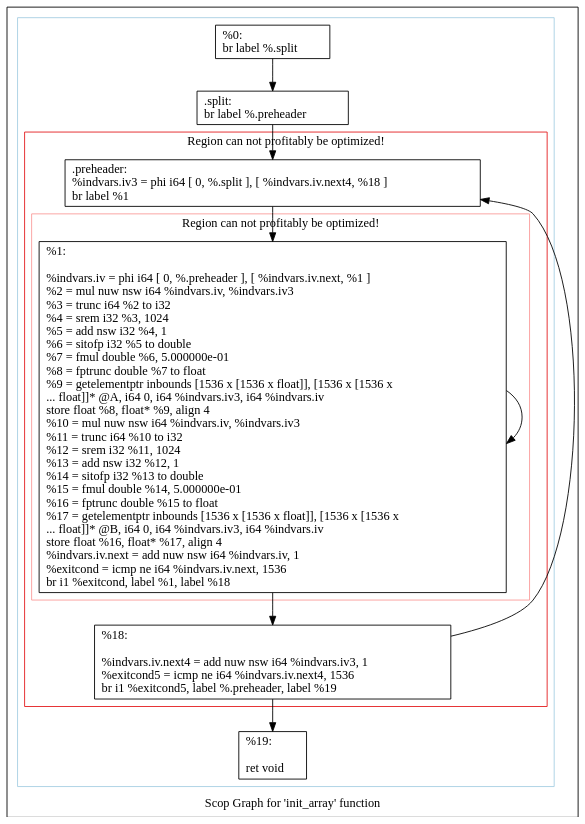
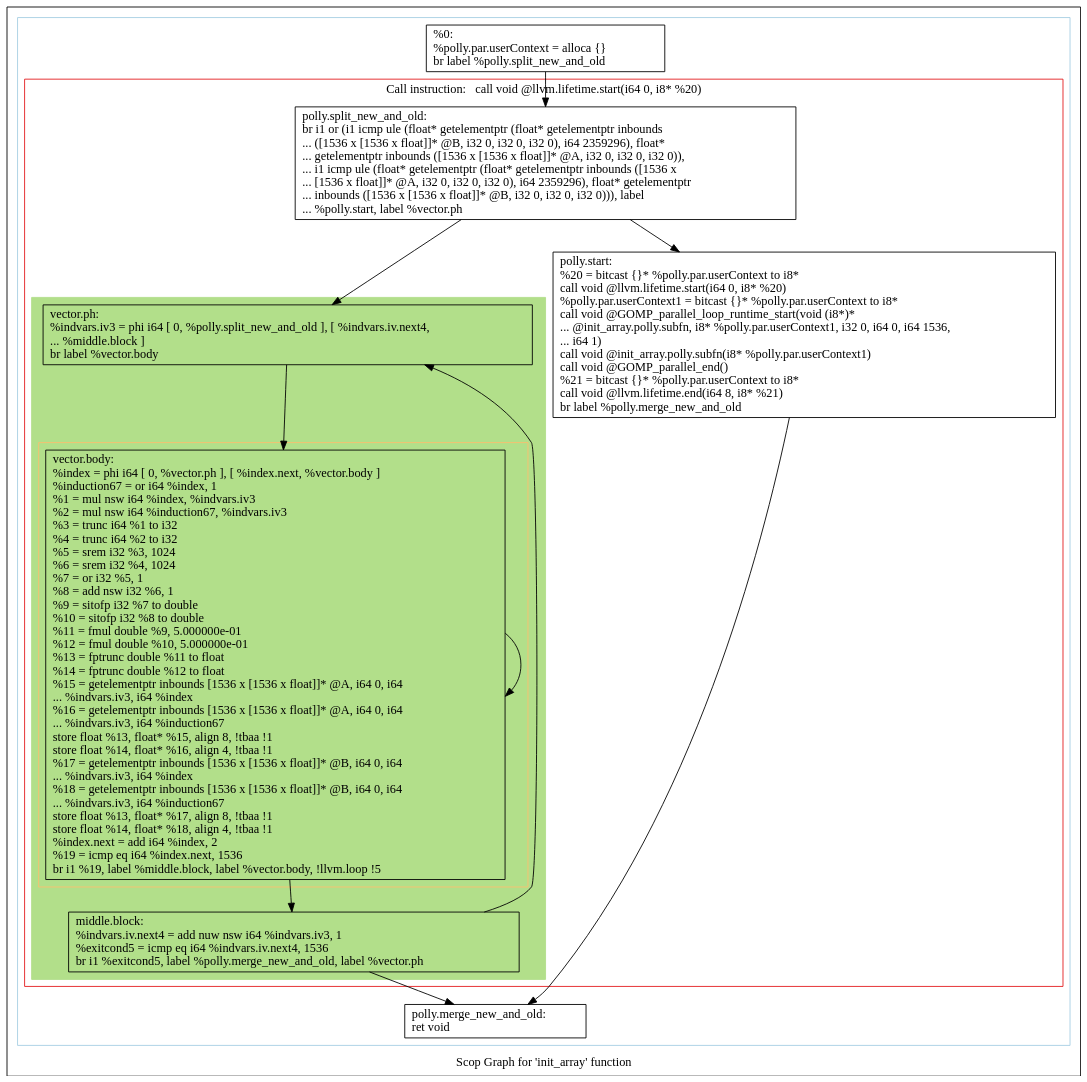
The diagram in matmul-polly/scops.init_array.dot (rogerioag/openmp-hook), drawn with Graphviz before and after one commit. The commit also changed 10 other files, not shown here.

```diff
--- a/matmul-polly/scops.init_array.dot
+++ b/matmul-polly/scops.init_array.dot
@@ -1,39 +1,47 @@
 digraph "Scop Graph for 'init_array' function" {
 	label="Scop Graph for 'init_array' function";
 
-	Node0x83dea0 [shape=record,label="{%0:\l  br label %.split\l}"];
-	Node0x83dea0 -> Node0x83dcf0;
-	Node0x83dcf0 [shape=record,label="{.split:                                           \l  br label %.preheader\l}"];
-	Node0x83dcf0 -> Node0x83dc40;
-	Node0x83dc40 [shape=record,label="{.preheader:                                       \l  %indvars.iv3 = phi i64 [ 0, %.split ], [ %indvars.iv.next4, %18 ]\l  br label %1\l}"];
-	Node0x83dc40 -> Node0x83dd10;
-	Node0x83dd10 [shape=record,label="{%1:\l\l  %indvars.iv = phi i64 [ 0, %.preheader ], [ %indvars.iv.next, %1 ]\l  %2 = mul nuw nsw i64 %indvars.iv, %indvars.iv3\l  %3 = trunc i64 %2 to i32\l  %4 = srem i32 %3, 1024\l  %5 = add nsw i32 %4, 1\l  %6 = sitofp i32 %5 to double\l  %7 = fmul double %6, 5.000000e-01\l  %8 = fptrunc double %7 to float\l  %9 = getelementptr inbounds [1536 x [1536 x float]], [1536 x [1536 x\l... float]]* @A, i64 0, i64 %indvars.iv3, i64 %indvars.iv\l  store float %8, float* %9, align 4\l  %10 = mul nuw nsw i64 %indvars.iv, %indvars.iv3\l  %11 = trunc i64 %10 to i32\l  %12 = srem i32 %11, 1024\l  %13 = add nsw i32 %12, 1\l  %14 = sitofp i32 %13 to double\l  %15 = fmul double %14, 5.000000e-01\l  %16 = fptrunc double %15 to float\l  %17 = getelementptr inbounds [1536 x [1536 x float]], [1536 x [1536 x\l... float]]* @B, i64 0, i64 %indvars.iv3, i64 %indvars.iv\l  store float %16, float* %17, align 4\l  %indvars.iv.next = add nuw nsw i64 %indvars.iv, 1\l  %exitcond = icmp ne i64 %indvars.iv.next, 1536\l  br i1 %exitcond, label %1, label %18\l}"];
-	Node0x83dd10 -> Node0x83dd10[constraint=false];
-	Node0x83dd10 -> Node0x833800;
-	Node0x833800 [shape=record,label="{%18:\l\l  %indvars.iv.next4 = add nuw nsw i64 %indvars.iv3, 1\l  %exitcond5 = icmp ne i64 %indvars.iv.next4, 1536\l  br i1 %exitcond5, label %.preheader, label %19\l}"];
-	Node0x833800 -> Node0x83dc40[constraint=false];
-	Node0x833800 -> Node0x834080;
-	Node0x834080 [shape=record,label="{%19:\l\l  ret void\l}"];
+	Node0xe56520 [shape=record,label="{%0:\l  %polly.par.userContext = alloca \{\}\l  br label %polly.split_new_and_old\l}"];
+	Node0xe56520 -> Node0xe567a0;
+	Node0xe567a0 [shape=record,label="{polly.split_new_and_old:                          \l  br i1 or (i1 icmp ule (float* getelementptr (float* getelementptr inbounds\l... ([1536 x [1536 x float]]* @B, i32 0, i32 0, i32 0), i64 2359296), float*\l... getelementptr inbounds ([1536 x [1536 x float]]* @A, i32 0, i32 0, i32 0)),\l... i1 icmp ule (float* getelementptr (float* getelementptr inbounds ([1536 x\l... [1536 x float]]* @A, i32 0, i32 0, i32 0), i64 2359296), float* getelementptr\l... inbounds ([1536 x [1536 x float]]* @B, i32 0, i32 0, i32 0))), label\l... %polly.start, label %vector.ph\l}"];
+	Node0xe567a0 -> Node0xe67d80;
+	Node0xe567a0 -> Node0xe56730;
+	Node0xe67d80 [shape=record,label="{polly.start:                                      \l  %20 = bitcast \{\}* %polly.par.userContext to i8*\l  call void @llvm.lifetime.start(i64 0, i8* %20)\l  %polly.par.userContext1 = bitcast \{\}* %polly.par.userContext to i8*\l  call void @GOMP_parallel_loop_runtime_start(void (i8*)*\l... @init_array.polly.subfn, i8* %polly.par.userContext1, i32 0, i64 0, i64 1536,\l... i64 1)\l  call void @init_array.polly.subfn(i8* %polly.par.userContext1)\l  call void @GOMP_parallel_end()\l  %21 = bitcast \{\}* %polly.par.userContext to i8*\l  call void @llvm.lifetime.end(i64 8, i8* %21)\l  br label %polly.merge_new_and_old\l}"];
+	Node0xe67d80 -> Node0xe67e30;
+	Node0xe67e30 [shape=record,label="{polly.merge_new_and_old:                          \l  ret void\l}"];
+	Node0xe56730 [shape=record,label="{vector.ph:                                        \l  %indvars.iv3 = phi i64 [ 0, %polly.split_new_and_old ], [ %indvars.iv.next4,\l... %middle.block ]\l  br label %vector.body\l}"];
+	Node0xe56730 -> Node0xe67f50;
+	Node0xe67f50 [shape=record,label="{vector.body:                                      \l  %index = phi i64 [ 0, %vector.ph ], [ %index.next, %vector.body ]\l  %induction67 = or i64 %index, 1\l  %1 = mul nsw i64 %index, %indvars.iv3\l  %2 = mul nsw i64 %induction67, %indvars.iv3\l  %3 = trunc i64 %1 to i32\l  %4 = trunc i64 %2 to i32\l  %5 = srem i32 %3, 1024\l  %6 = srem i32 %4, 1024\l  %7 = or i32 %5, 1\l  %8 = add nsw i32 %6, 1\l  %9 = sitofp i32 %7 to double\l  %10 = sitofp i32 %8 to double\l  %11 = fmul double %9, 5.000000e-01\l  %12 = fmul double %10, 5.000000e-01\l  %13 = fptrunc double %11 to float\l  %14 = fptrunc double %12 to float\l  %15 = getelementptr inbounds [1536 x [1536 x float]]* @A, i64 0, i64\l... %indvars.iv3, i64 %index\l  %16 = getelementptr inbounds [1536 x [1536 x float]]* @A, i64 0, i64\l... %indvars.iv3, i64 %induction67\l  store float %13, float* %15, align 8, !tbaa !1\l  store float %14, float* %16, align 4, !tbaa !1\l  %17 = getelementptr inbounds [1536 x [1536 x float]]* @B, i64 0, i64\l... %indvars.iv3, i64 %index\l  %18 = getelementptr inbounds [1536 x [1536 x float]]* @B, i64 0, i64\l... %indvars.iv3, i64 %induction67\l  store float %13, float* %17, align 8, !tbaa !1\l  store float %14, float* %18, align 4, !tbaa !1\l  %index.next = add i64 %index, 2\l  %19 = icmp eq i64 %index.next, 1536\l  br i1 %19, label %middle.block, label %vector.body, !llvm.loop !5\l}"];
+	Node0xe67f50 -> Node0xe67fb0;
+	Node0xe67f50 -> Node0xe67f50[constraint=false];
+	Node0xe67fb0 [shape=record,label="{middle.block:                                     \l  %indvars.iv.next4 = add nuw nsw i64 %indvars.iv3, 1\l  %exitcond5 = icmp eq i64 %indvars.iv.next4, 1536\l  br i1 %exitcond5, label %polly.merge_new_and_old, label %vector.ph\l}"];
+	Node0xe67fb0 -> Node0xe67e30;
+	Node0xe67fb0 -> Node0xe56730[constraint=false];
 	colorscheme = "paired12"
-        subgraph cluster_0x833560 {
+        subgraph cluster_0xe2f5c0 {
           label = "";
           style = solid;
           color = 1
-          subgraph cluster_0x8340d0 {
-            label = "Region can not profitably be optimized!";
+          subgraph cluster_0xe437a0 {
+            label = "Call instruction:   call void @llvm.lifetime.start(i64 0, i8* %20)";
             style = solid;
             color = 6
-            subgraph cluster_0x833830 {
-              label = "Region can not profitably be optimized!";
-              style = solid;
-              color = 5
-              Node0x83dd10;
+            subgraph cluster_0xe2f640 {
+              label = "";
+              style = filled;
+              color = 3              subgraph cluster_0xe43720 {
+                label = "";
+                style = solid;
+                color = 7
+                Node0xe67f50;
+              }
+              Node0xe56730;
+              Node0xe67fb0;
             }
-            Node0x83dc40;
-            Node0x833800;
+            Node0xe567a0;
+            Node0xe67d80;
           }
-          Node0x83dea0;
-          Node0x83dcf0;
-          Node0x834080;
+          Node0xe56520;
+          Node0xe67e30;
         }
 }
```
